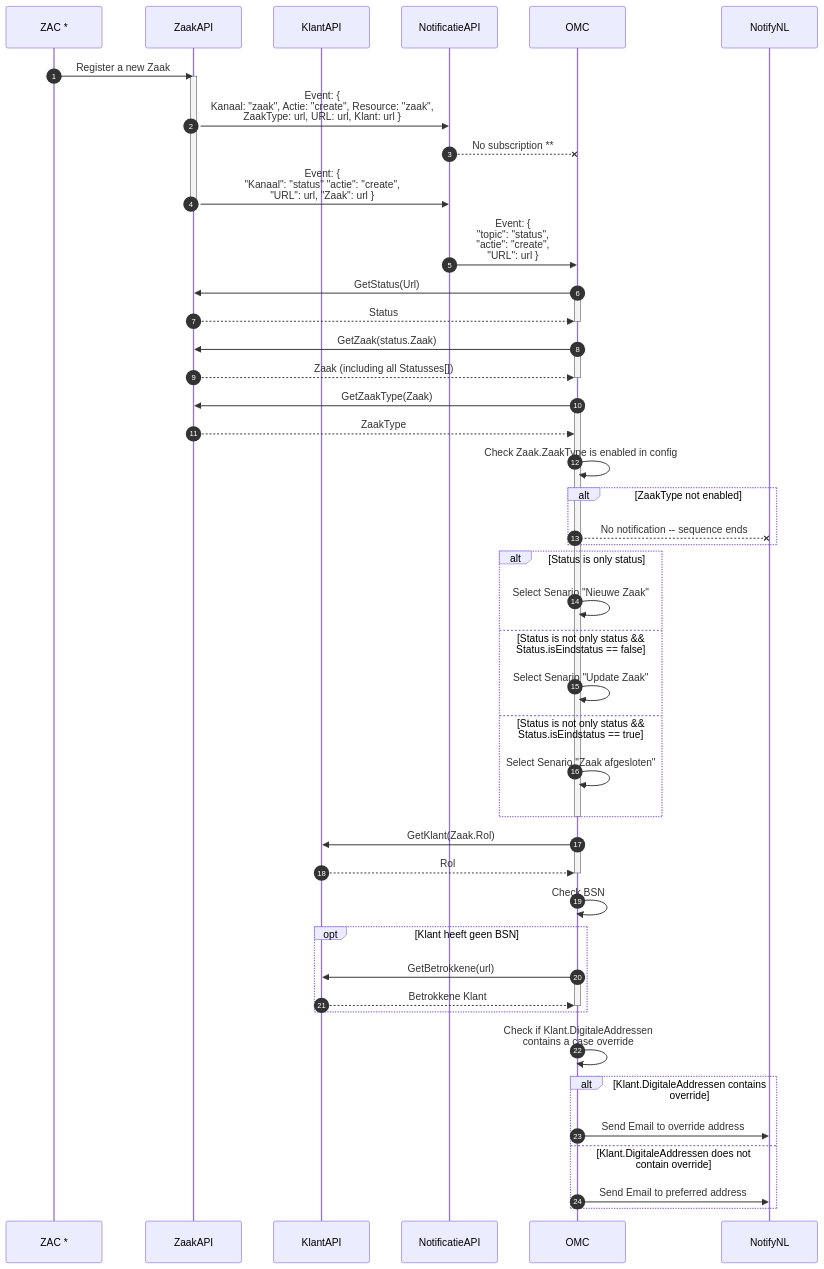
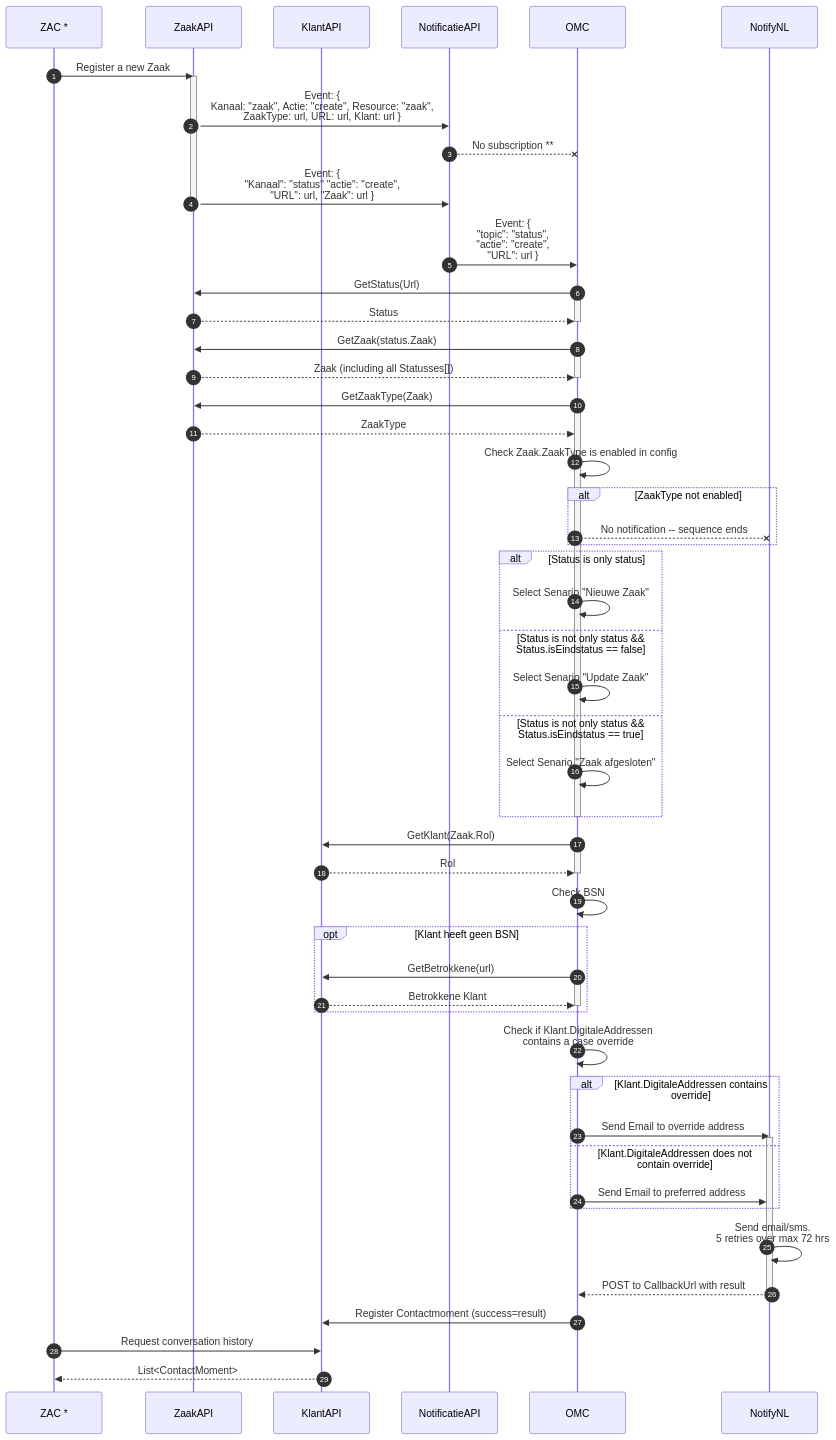
The diagram in Documentation/OMC - ZGW integration.md (Worth-NL/NotifyNL-OMC), drawn with Mermaid before and after one commit. The commit also changed 3 other files, not shown here.

Commit message:
adds the contactmoment flow to docs

````diff
--- a/Documentation/OMC - ZGW integration.md
+++ b/Documentation/OMC - ZGW integration.md
@@ -39,69 +39,81 @@
 ```mermaid
 sequenceDiagram
     autonumber
 
     participant ZAC as ZAC *
     participant ZaakAPI
     participant KlantAPI
     participant NotificatieAPI
     participant OMC 
     participant NotifyNL
 
     ZAC->>ZaakAPI: Register a new Zaak
 
     activate ZaakAPI
     ZaakAPI->>NotificatieAPI: Event: {<br />Kanaal: "zaak", Actie: "create", Resource: "zaak", <br /> ZaakType: url, URL: url, Klant: url } 
     NotificatieAPI--xOMC: No subscription **
     ZaakAPI->>NotificatieAPI: Event: {<br />"Kanaal": "status" "actie": "create", <br /> "URL": url, "Zaak": url }
     deactivate ZaakAPI
 
     NotificatieAPI->>OMC: Event: {<br /> "topic": "status",<br /> "actie": "create",<br /> "URL": url }
         
     OMC->>ZaakAPI: GetStatus(Url)    
     activate OMC
     ZaakAPI-->>OMC: Status
     deactivate OMC
     
     OMC->>ZaakAPI: GetZaak(status.Zaak)
     activate OMC    
     ZaakAPI-->>OMC: Zaak (including all Statusses[])
     deactivate OMC
 
     OMC->>ZaakAPI: GetZaakType(Zaak)
     activate OMC    
     ZaakAPI-->>OMC: ZaakType
     OMC->>OMC: Check Zaak.ZaakType is enabled in config
 
     alt ZaakType not enabled
     OMC--xNotifyNL: No notification -- sequence ends
     end
     alt Status is only status
     OMC->>OMC: Select Senario "Nieuwe Zaak"
     else Status is not only status && <br/> Status.isEindstatus == false
     OMC->>OMC: Select Senario "Update Zaak"
     else Status is not only status && <br/> Status.isEindstatus == true
     OMC->>OMC: Select Senario "Zaak afgesloten"
     end
     deactivate OMC
     
     OMC->>KlantAPI: GetKlant(Zaak.Rol)
     activate OMC
     KlantAPI-->>OMC: Rol
     deactivate OMC
 
     OMC->>OMC: Check BSN
 
     opt Klant heeft geen BSN
     OMC->>KlantAPI: GetBetrokkene(url)
     activate OMC
     KlantAPI-->>OMC: Betrokkene Klant
     deactivate OMC 
     end
 
     OMC->>OMC: Check if Klant.DigitaleAddressen <br /> contains a case override
     alt Klant.DigitaleAddressen contains override
     OMC->>NotifyNL: Send Email to override address
+    activate NotifyNL
     else Klant.DigitaleAddressen does not contain override
     OMC->>NotifyNL: Send Email to preferred address
     end
+    
+    NotifyNL->>NotifyNL: Send email/sms. <br /> 5 retries over max 72 hrs
+    NotifyNL-->>OMC: POST to CallbackUrl with result
+    deactivate NotifyNL
+
+    OMC->>KlantAPI: Register Contactmoment (success=result) 
+
+    ZAC->>KlantAPI: Request conversation history
+    activate KlantAPI
+    KlantAPI-->>ZAC: List<ContactMoment>
+
 ```
````
